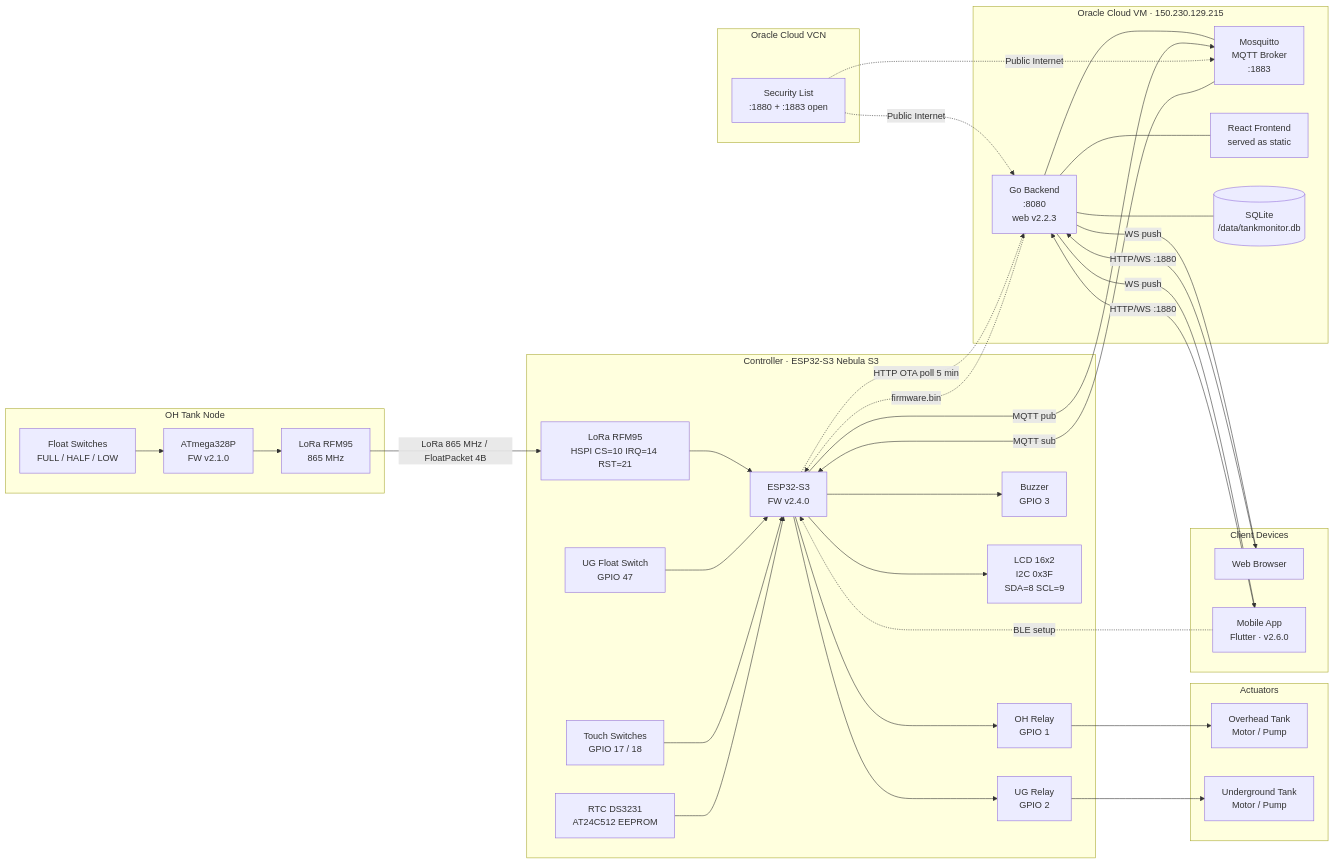
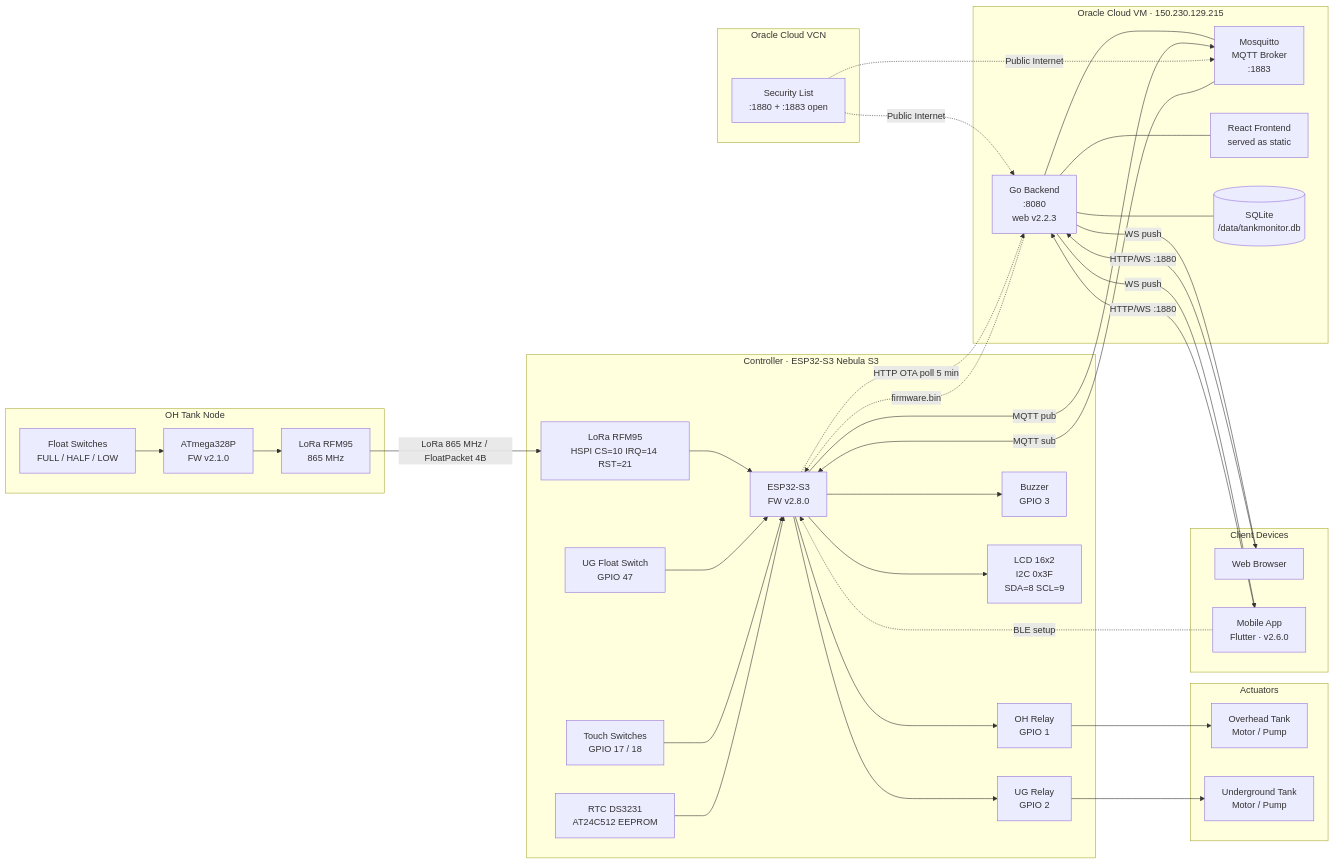
The second of 2 diagrams in README.md (nperiannan/TankMonitor), drawn with Mermaid before and after one commit. The commit also changed other lines of this file and 13 other files, not shown here.

````diff
--- a/README.md
+++ b/README.md
@@ -39,72 +39,72 @@
 ```mermaid
 flowchart LR
     subgraph OH_Node["OH Tank Node"]
         F_OH["Float Switches\nFULL / HALF / LOW"]
         TXmcu["ATmega328P\nFW v2.1.0"]
         TXlora["LoRa RFM95\n865 MHz"]
         F_OH --> TXmcu --> TXlora
     end
 
     subgraph ESP32["Controller · ESP32-S3 Nebula S3"]
         RXlora["LoRa RFM95\nHSPI CS=10 IRQ=14 RST=21"]
         F_UG["UG Float Switch\nGPIO 47"]
         TOUCH["Touch Switches\nGPIO 17 / 18"]
-        MCU["ESP32-S3\nFW v2.4.0"]
+        MCU["ESP32-S3\nFW v2.8.0"]
         R_OH["OH Relay\nGPIO 1"]
         R_UG["UG Relay\nGPIO 2"]
         BUZ["Buzzer\nGPIO 3"]
         LCD["LCD 16x2\nI2C 0x3F\nSDA=8 SCL=9"]
         RTC["RTC DS3231\nAT24C512 EEPROM"]
 
         RXlora --> MCU
         F_UG --> MCU
         TOUCH --> MCU
         RTC --> MCU
         MCU --> R_OH
         MCU --> R_UG
         MCU --> BUZ
         MCU --> LCD
     end
 
     subgraph Actuators["Actuators"]
         OH_M["Overhead Tank\nMotor / Pump"]
         UG_M["Underground Tank\nMotor / Pump"]
     end
 
     subgraph OCI["Oracle Cloud VM · 150.230.129.215"]
         MQ["Mosquitto\nMQTT Broker\n:1883"]
         GO["Go Backend\n:8080\nweb v2.2.3"]
         STATIC["React Frontend\nserved as static"]
         DB[("SQLite\n/data/tankmonitor.db")]
         GO --- MQ
         GO --- DB
         GO --- STATIC
     end
 
     subgraph Cloud["Oracle Cloud VCN"]
         PF["Security List\n:1880 + :1883 open"]
     end
 
     subgraph Clients["Client Devices"]
         BROWSER["Web Browser"]
         PHONE["Mobile App\nFlutter · v2.6.0"]
     end
 
     TXlora -->|"LoRa 865 MHz / FloatPacket 4B"| RXlora
     R_OH --> OH_M
     R_UG --> UG_M
 
     MCU -->|"MQTT pub"| MQ
     MQ -->|"MQTT sub"| MCU
     MCU -.->|"HTTP OTA poll 5 min"| GO
     GO -.->|"firmware.bin"| MCU
 
     BROWSER -->|"HTTP/WS :1880"| GO
     GO -->|"WS push"| BROWSER
     PHONE -->|"HTTP/WS :1880"| GO
     GO -->|"WS push"| PHONE
     PHONE -.->|"BLE setup"| MCU
 
     PF -.->|"Public Internet"| GO
     PF -.->|"Public Internet"| MQ
 ```
````
